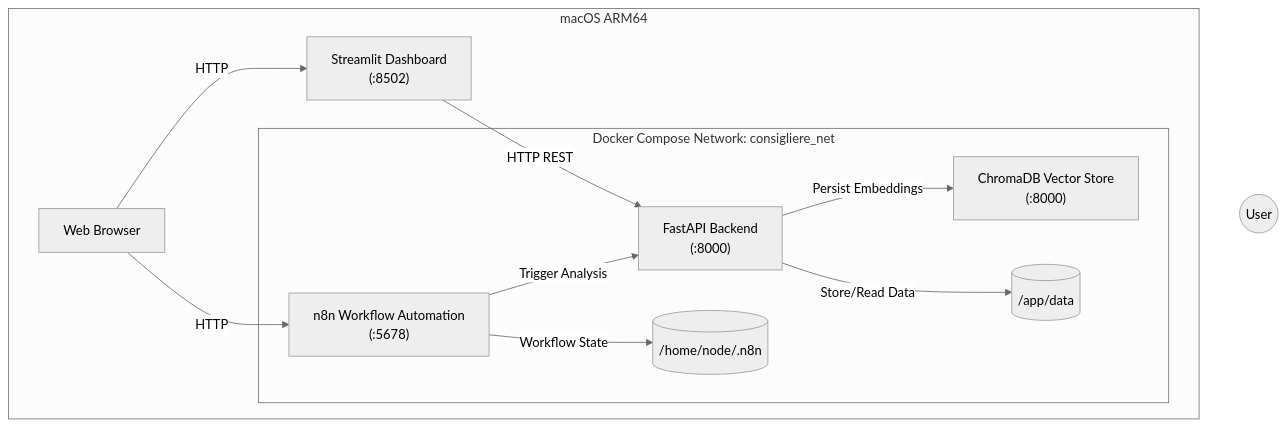
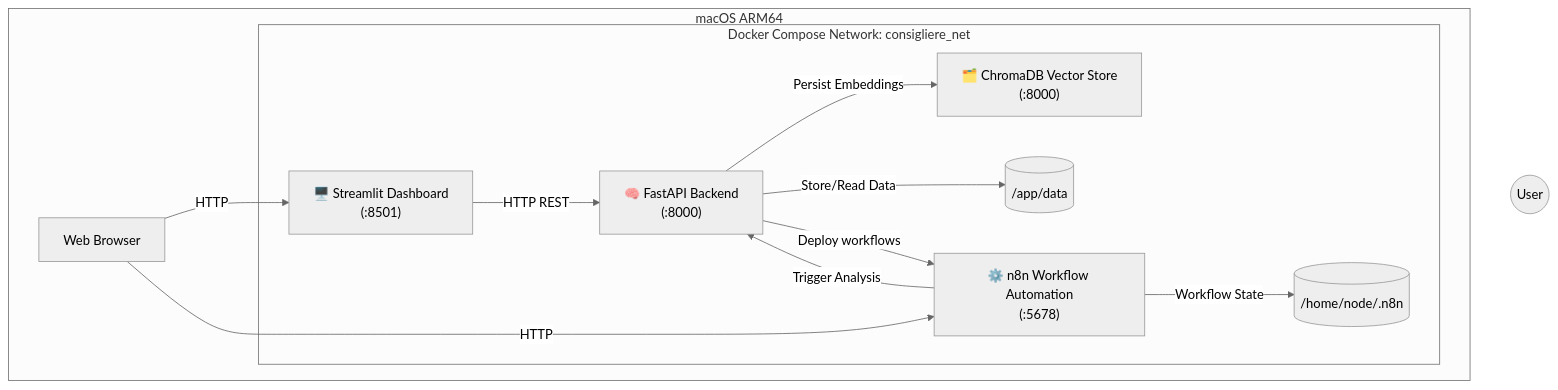
One commit to drather/Consigliere changed the diagram in docs/system_snapshot/infrastructure.md. Above: the diagram before and after it, drawn with Mermaid (neutral theme). The commit also changed other lines of this file and 15 other files, not shown here.

Commit message:
feat: finalize workflow automation deployment and dashboard containerization

````diff
--- a/docs/system_snapshot/infrastructure.md
+++ b/docs/system_snapshot/infrastructure.md
@@ -11,23 +11,24 @@
 ```mermaid
 graph TD
     User((User))
     subgraph Host["macOS ARM64"]
         Browser["Web Browser"]
-        StreamlitApp["Streamlit Dashboard\n(:8502)"]
         
         subgraph Docker["Docker Compose Network: consigliere_net"]
-            API["FastAPI Backend\n(:8000)"]
-            N8N["n8n Workflow Automation\n(:5678)"]
-            Chroma["ChromaDB Vector Store\n(:8000)"]
+            Dashboard["🖥️ Streamlit Dashboard\n(:8501)"]
+            API["🧠 FastAPI Backend\n(:8000)"]
+            N8N["⚙️ n8n Workflow Automation\n(:5678)"]
+            Chroma["🗂️ ChromaDB Vector Store\n(:8000)"]
             
+            Dashboard -- "HTTP REST" --> API
             API -- "Persist Embeddings" --> Chroma
             N8N -- "Trigger Analysis" --> API
             API -- "Store/Read Data" --> DataVol[("/app/data")]
             N8N -- "Workflow State" --> N8NVol[("/home/node/.n8n")]
+            API -- "Deploy workflows" --> N8N
         end
         
-        Browser -- "HTTP" --> StreamlitApp
+        Browser -- "HTTP" --> Dashboard
         Browser -- "HTTP" --> N8N
-        StreamlitApp -- "HTTP REST" --> API
     end
 ```
````
